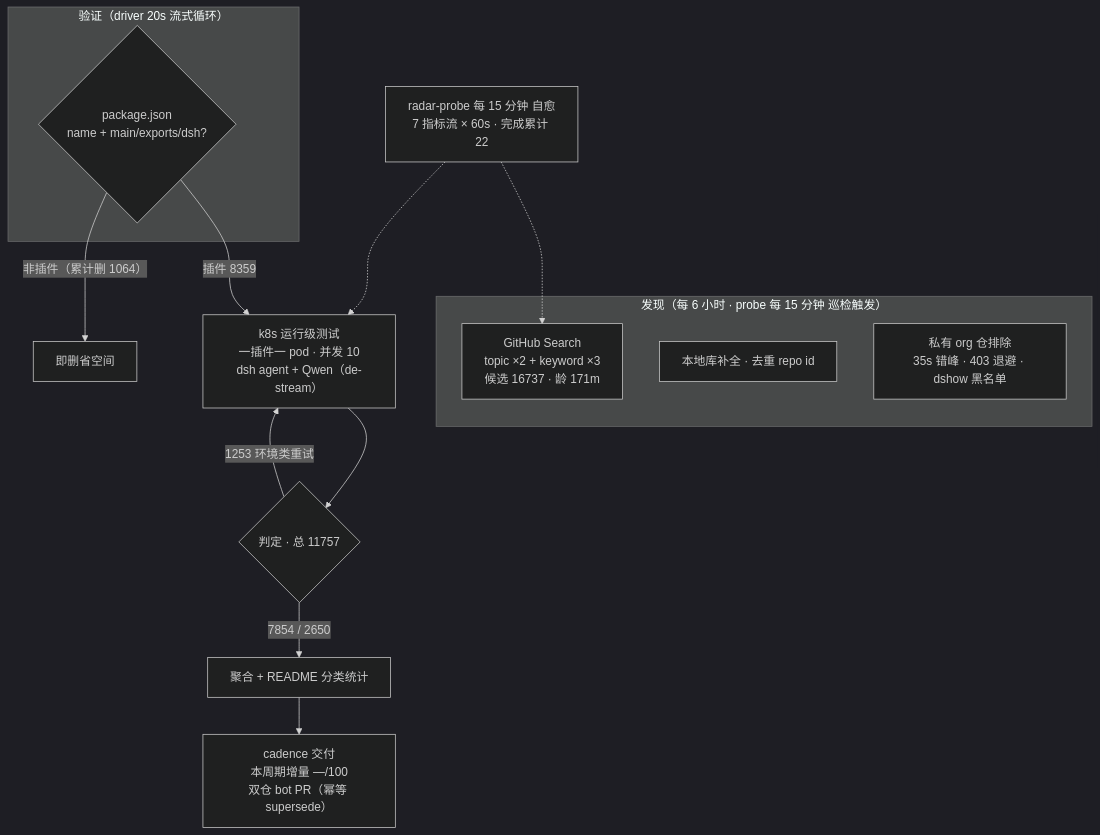
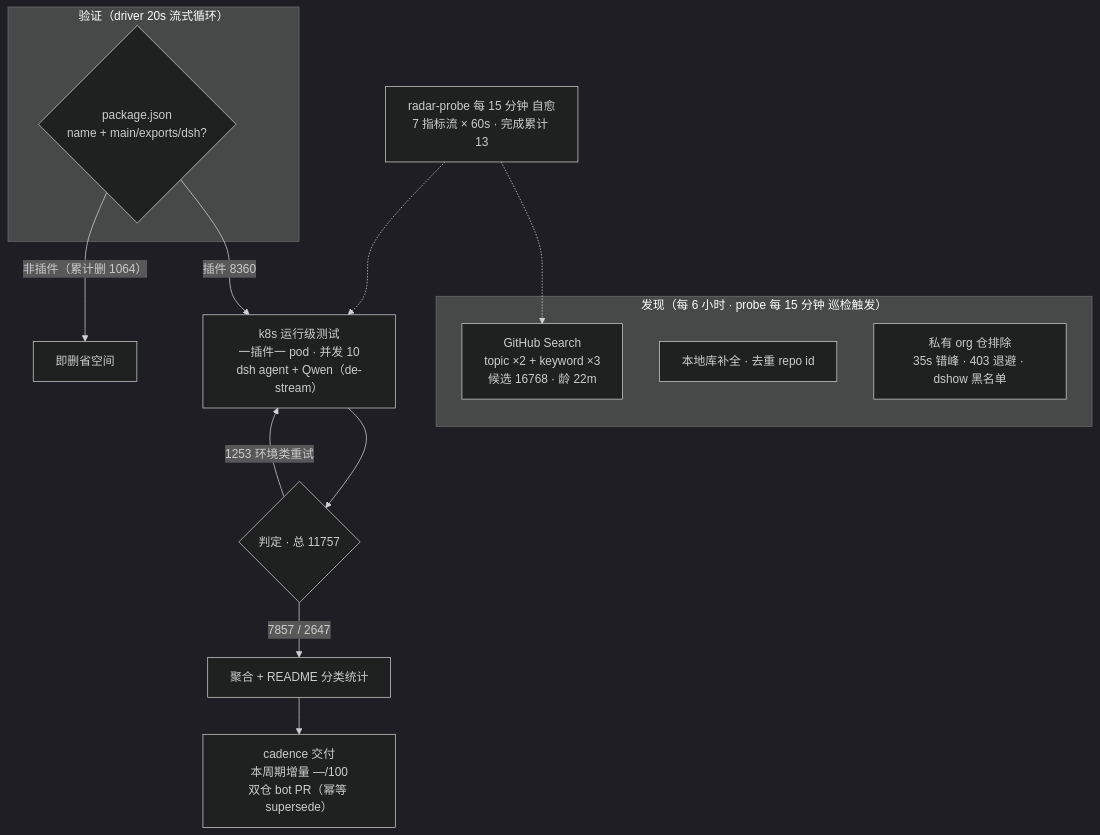
Before and after one commit to Zhidao-Lab-OSS/awesome-dsh-plugins: the diagram in README.md, drawn with Mermaid (dark theme). The commit also changed other lines of this file and 1 other file, not shown here.

````diff
--- a/README.md
+++ b/README.md
@@ -52,20 +52,20 @@
 ```mermaid
 flowchart TB
     subgraph Discovery["发现（每 6 小时 · probe 每 15 分钟 巡检触发）"]
-        A1["GitHub Search<br/>topic ×2 + keyword ×3<br/>候选 16737 · 龄 171m"]
+        A1["GitHub Search<br/>topic ×2 + keyword ×3<br/>候选 16768 · 龄 22m"]
         A2["本地库补全 · 去重 repo id"]
         A3["私有 org 仓排除<br/>35s 错峰 · 403 退避 · dshow 黑名单"]
     end
     subgraph Validation["验证（driver 20s 流式循环）"]
         B1{"package.json<br/>name + main/exports/dsh?"}
     end
-    B1 -->|"插件 8359"| C1["k8s 运行级测试<br/>一插件一 pod · 并发 10<br/>dsh agent + Qwen（de-stream）"]
+    B1 -->|"插件 8360"| C1["k8s 运行级测试<br/>一插件一 pod · 并发 10<br/>dsh agent + Qwen（de-stream）"]
     B1 -->|"非插件（累计删 1064）"| B3["即删省空间"]
     C1 --> D1{"判定 · 总 11757"}
-    D1 -->|"7854 / 2650"| E1["聚合 + README 分类统计"]
+    D1 -->|"7857 / 2647"| E1["聚合 + README 分类统计"]
     D1 -->|"1253 环境类重试"| C1
     E1 --> E2["cadence 交付<br/>本周期增量 —/100<br/>双仓 bot PR（幂等 supersede）"]
-    M["radar-probe 每 15 分钟 自愈<br/>7 指标流 × 60s · 完成累计 22"]
+    M["radar-probe 每 15 分钟 自愈<br/>7 指标流 × 60s · 完成累计 13"]
     M -.-> A1
     M -.-> C1
 ```
````
